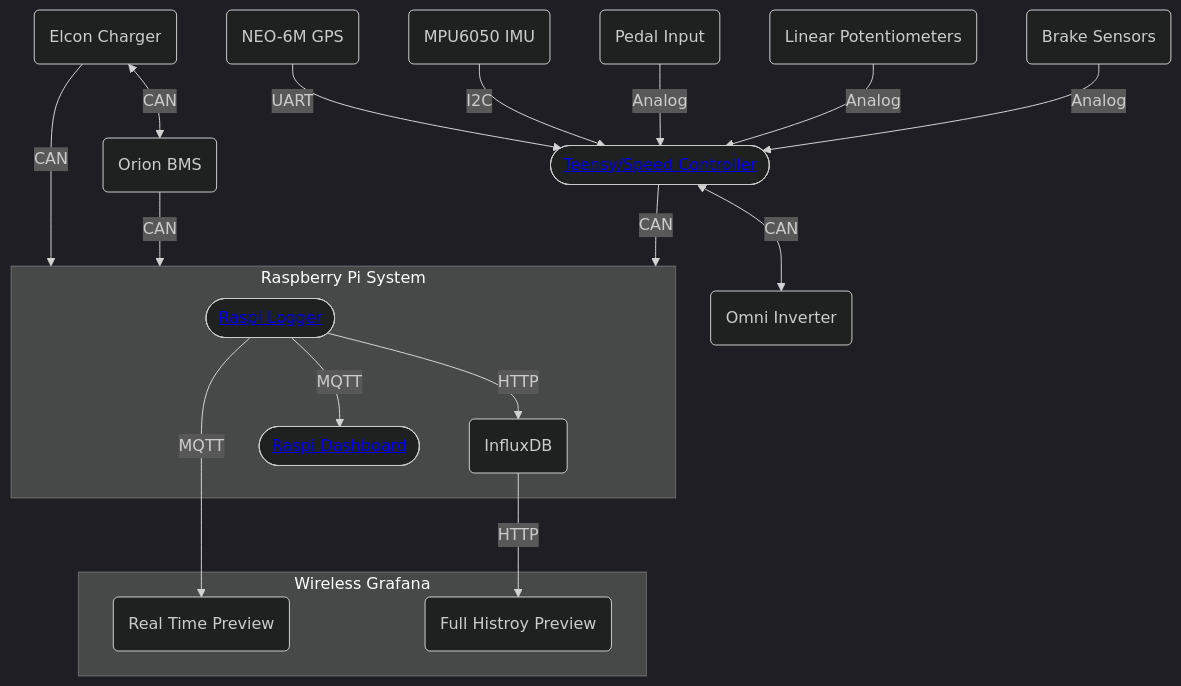
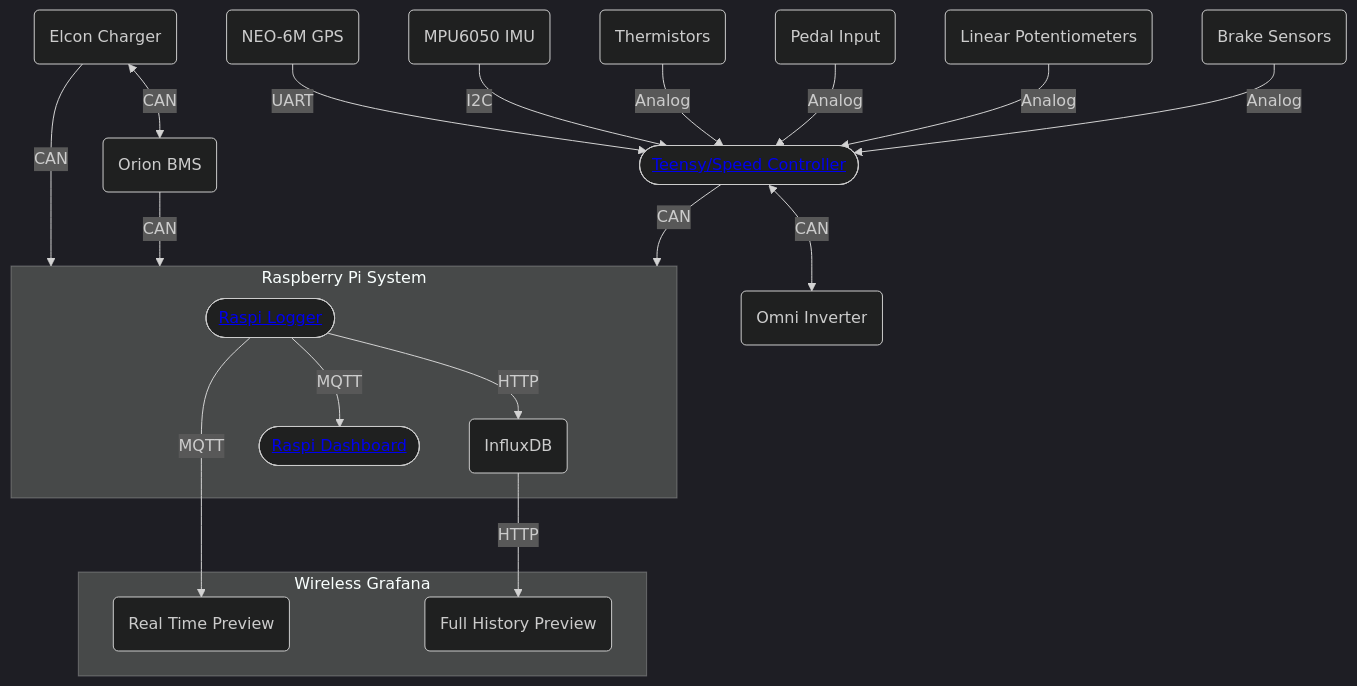
The diagram in README.md (Anteater-Electric-Racing/embedded-mz), drawn with Mermaid (dark theme) before and after one commit. The commit also changed other lines of this file, not shown here.

Commit message:
Fixed typos in diagram and thermistors to diagram

````diff
--- a/README.md
+++ b/README.md
@@ -3,22 +3,23 @@
 ```mermaid
 flowchart TD
     B(Brake Sensors) -->|Analog| SC(["<a href='https://github.com/AlistairKeiller/FSAE/tree/master/fsae-vehicle-fw' target='_blank'>Teensy/Speed Controller</a>"])
     L(Linear Potentiometers) -->|Analog| SC
     PI(Pedal Input) -->|Analog| SC
     O(Orion BMS) -->|CAN| Pi
     %% OI(Omni Inverter) -->|CAN| Pi
+    TH(Thermistors) --> |Analog| SC
     SC(Teensy Omni Speed Controller) -->|CAN| Pi
     IMU(MPU6050 IMU) -->|I2C| SC
     GPS(NEO-6M GPS) -->|UART| SC
     IMS(Elcon Charger) -->|CAN| Pi
     IMS(Elcon Charger) <-->|CAN| O
     SC(["<a href='https://github.com/AlistairKeiller/FSAE/tree/master/fsae-vehicle-fw' target='_blank'>Teensy/Speed Controller</a>"]) <-->|CAN| OI(Omni Inverter)
     subgraph Pi[Raspberry Pi System]
         R(["<a href='https://github.com/AlistairKeiller/FSAE/tree/master/fsae-raspi' target='_blank'>Raspi Logger</a>"]) -->|HTTP| I(InfluxDB)
         R -->|MQTT| D(["<a href='https://github.com/AlistairKeiller/FSAE/tree/master/fsae-dashboard' target='_blank'>Raspi Dashboard</a>"])
     end
     subgraph Graphana[Wireless Grafana]
-        I -->|HTTP| F(Full Histroy Preview)
+        I -->|HTTP| F(Full History Preview)
         R -->|MQTT| P(Real Time Preview)
     end
 ```
````
